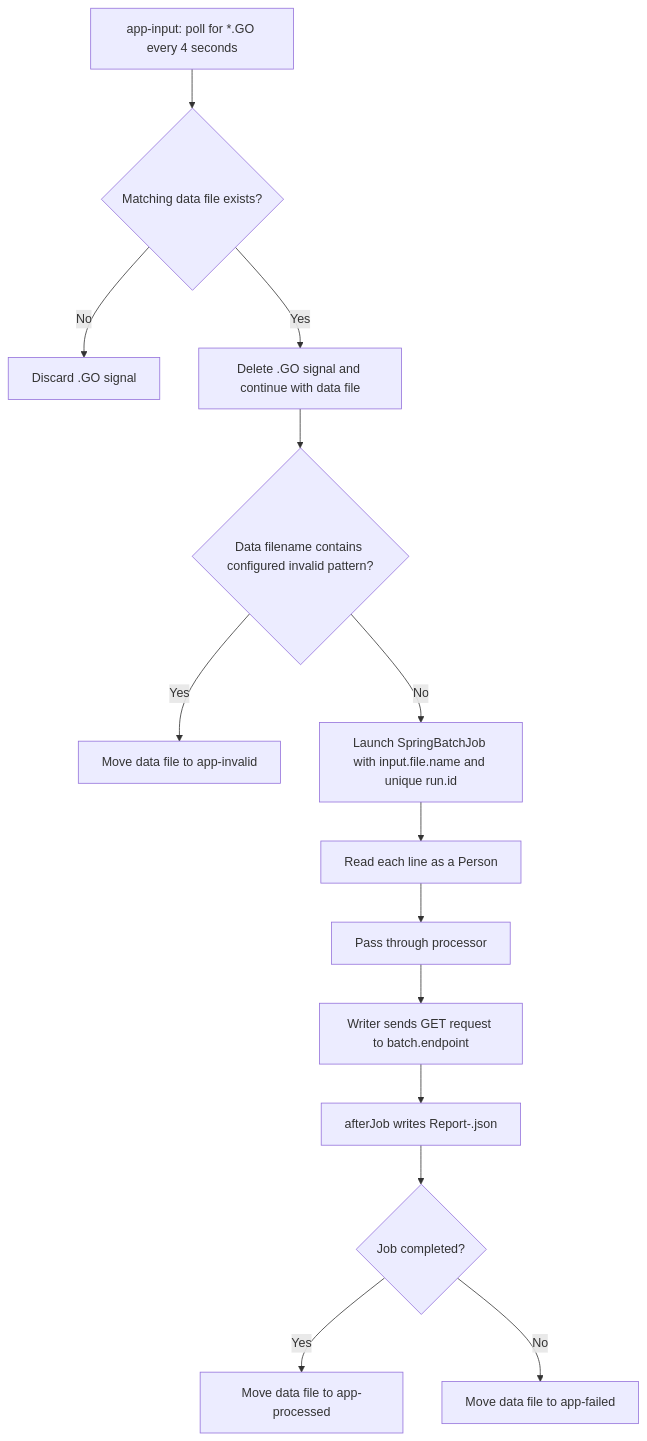
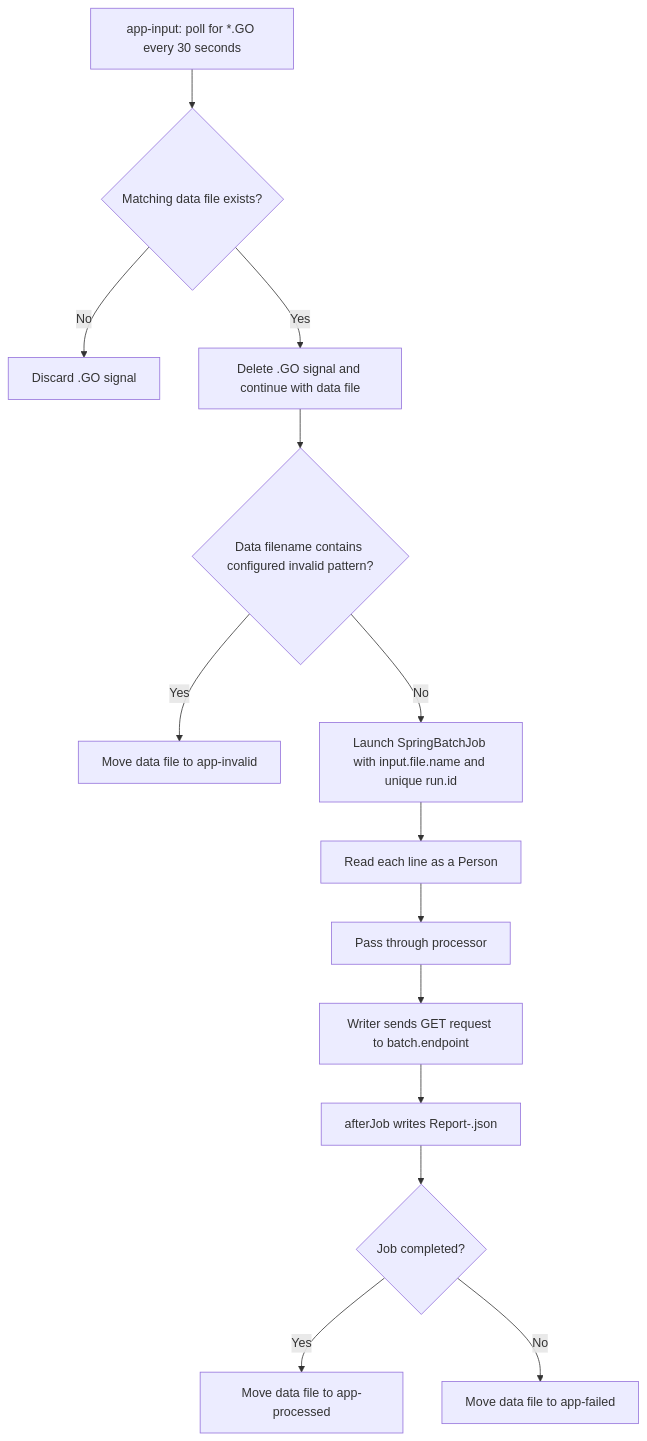
The diagram in README.md (krushnatkhawale/spring-batch-example), drawn with Mermaid before and after one commit. The commit also changed other lines of this file and 17 other files, not shown here.

````diff
--- a/README.md
+++ b/README.md
@@ -34,16 +113,16 @@
 ```mermaid
 flowchart TD
-    A["app-input: poll for *.GO every 4 seconds"] --> B{"Matching data file exists?"}
+    A["app-input: poll for *.GO every 30 seconds"] --> B{"Matching data file exists?"}
     B -- No --> C["Discard .GO signal"]
     B -- Yes --> D["Delete .GO signal and continue with data file"]
     D --> E{"Data filename contains configured invalid pattern?"}
     E -- Yes --> F["Move data file to app-invalid"]
     E -- No --> G["Launch SpringBatchJob with input.file.name and unique run.id"]
     G --> H["Read each line as a Person"]
     H --> I["Pass through processor"]
     I --> J["Writer sends GET request to batch.endpoint"]
     J --> K["afterJob writes Report-<filename>.json"]
     K --> L{"Job completed?"}
     L -- Yes --> M["Move data file to app-processed"]
     L -- No --> N["Move data file to app-failed"]
 ```
````
